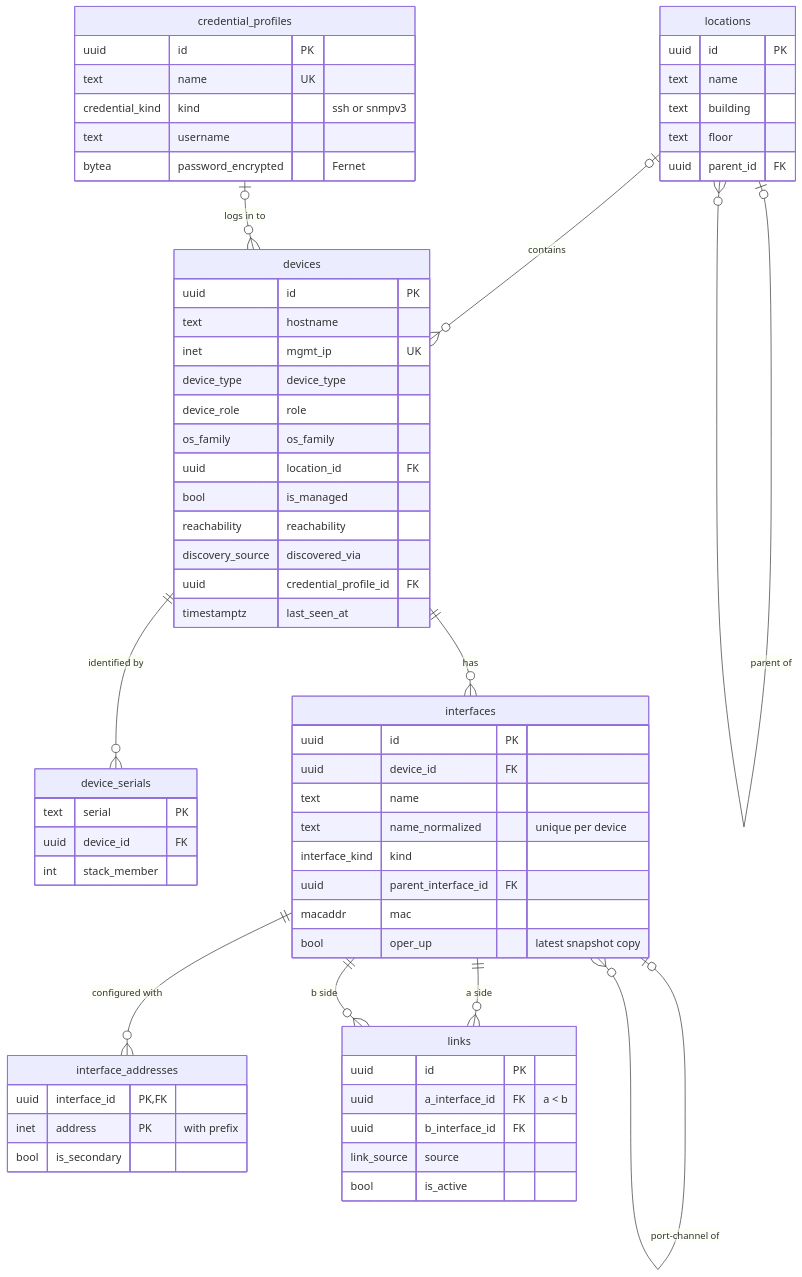
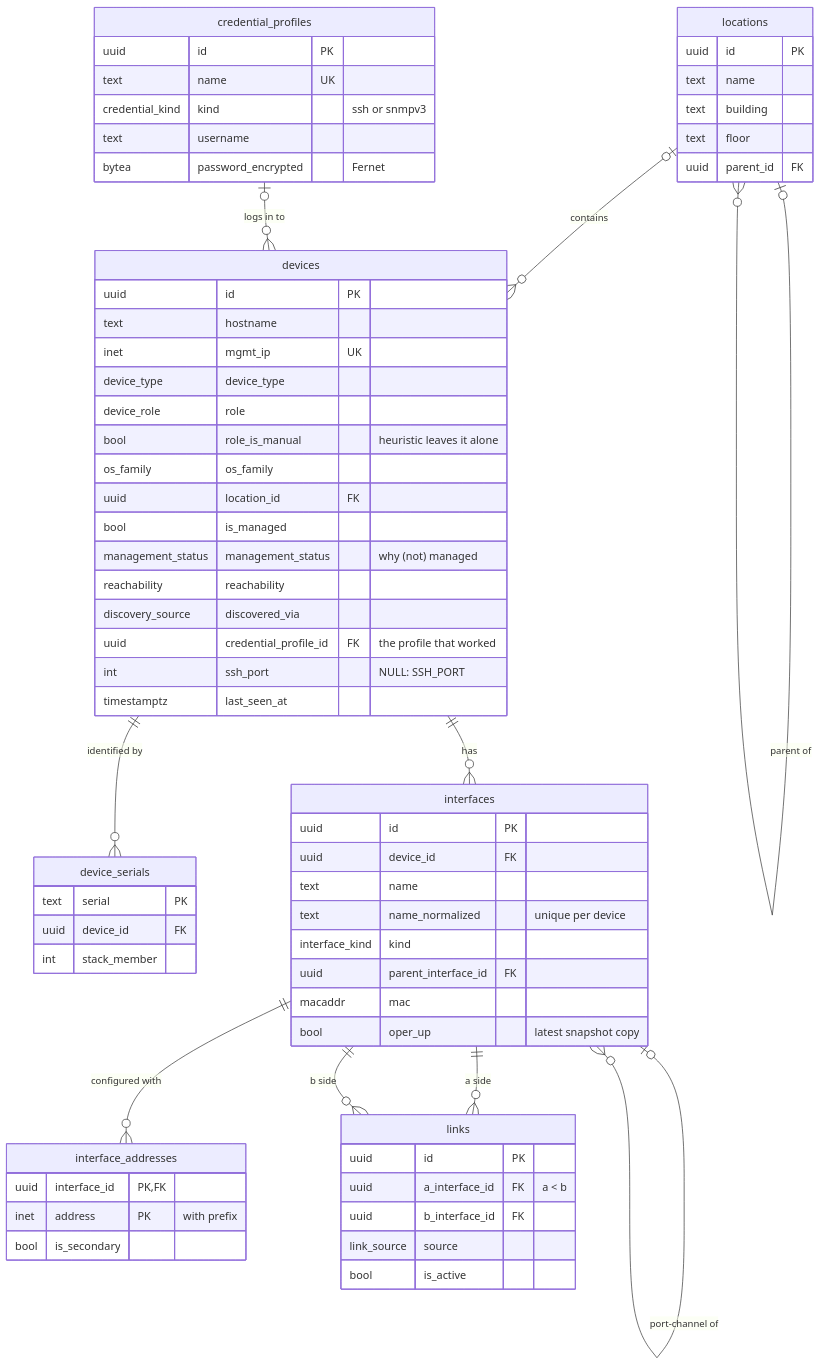
Before and after one commit to ramazannsayann/network-operations-platform: the first of 4 diagrams in docs/data-model.md, drawn with Mermaid. The commit also changed other lines of this file and 77 other files, not shown here.

````diff
--- a/docs/data-model.md
+++ b/docs/data-model.md
@@ -16,68 +16,71 @@
 ```mermaid
 erDiagram
     locations |o--o{ locations : "parent of"
     locations |o--o{ devices : "contains"
     devices ||--o{ device_serials : "identified by"
     credential_profiles |o--o{ devices : "logs in to"
     devices ||--o{ interfaces : "has"
     interfaces |o--o{ interfaces : "port-channel of"
     interfaces ||--o{ interface_addresses : "configured with"
     interfaces ||--o{ links : "a side"
     interfaces ||--o{ links : "b side"
 
     locations {
         uuid id PK
         text name
         text building
         text floor
         uuid parent_id FK
     }
     devices {
         uuid id PK
         text hostname
         inet mgmt_ip UK
         device_type device_type
         device_role role
+        bool role_is_manual "heuristic leaves it alone"
         os_family os_family
         uuid location_id FK
         bool is_managed
+        management_status management_status "why (not) managed"
         reachability reachability
         discovery_source discovered_via
-        uuid credential_profile_id FK
+        uuid credential_profile_id FK "the profile that worked"
+        int ssh_port "NULL: SSH_PORT"
         timestamptz last_seen_at
     }
     credential_profiles {
         uuid id PK
         text name UK
         credential_kind kind "ssh or snmpv3"
         text username
         bytea password_encrypted "Fernet"
     }
     device_serials {
         text serial PK
         uuid device_id FK
         int stack_member
     }
     interfaces {
         uuid id PK
         uuid device_id FK
         text name
         text name_normalized "unique per device"
         interface_kind kind
         uuid parent_interface_id FK
         macaddr mac
         bool oper_up "latest snapshot copy"
     }
     interface_addresses {
         uuid interface_id PK, FK
         inet address PK "with prefix"
         bool is_secondary
     }
     links {
         uuid id PK
         uuid a_interface_id FK "a < b"
         uuid b_interface_id FK
         link_source source
         bool is_active
     }
 ```
````
